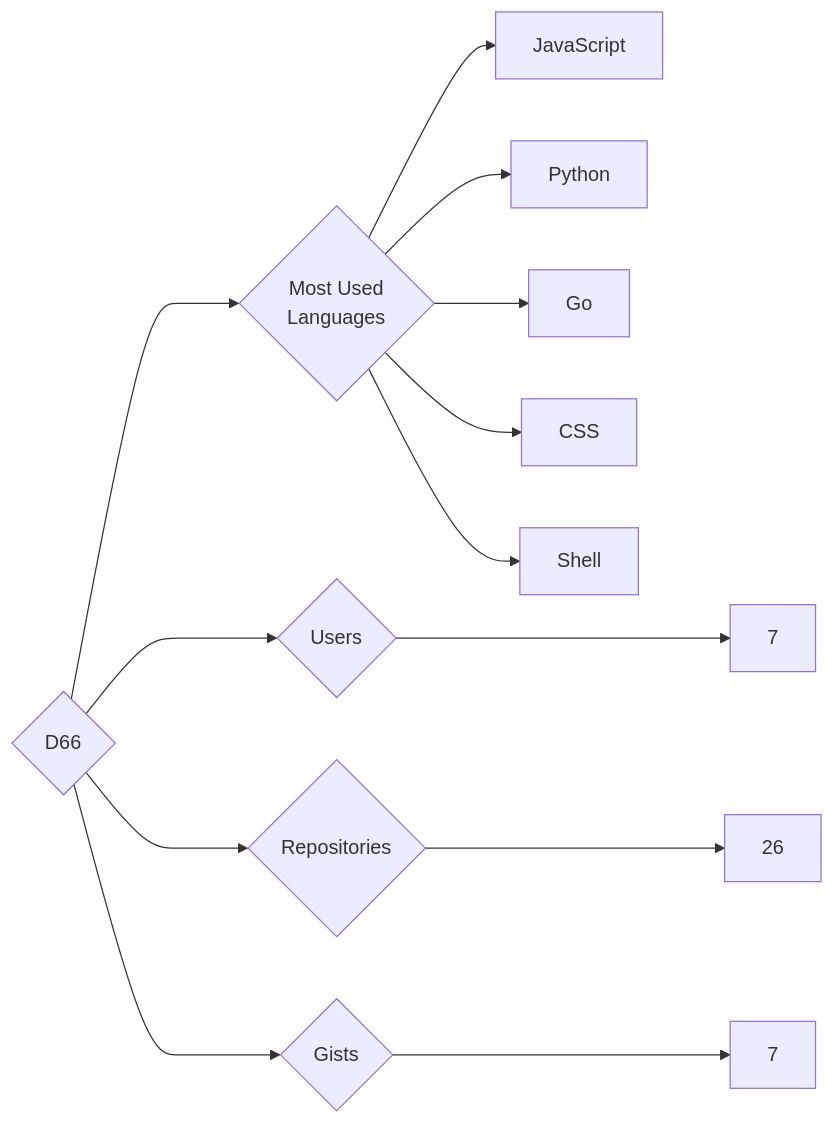
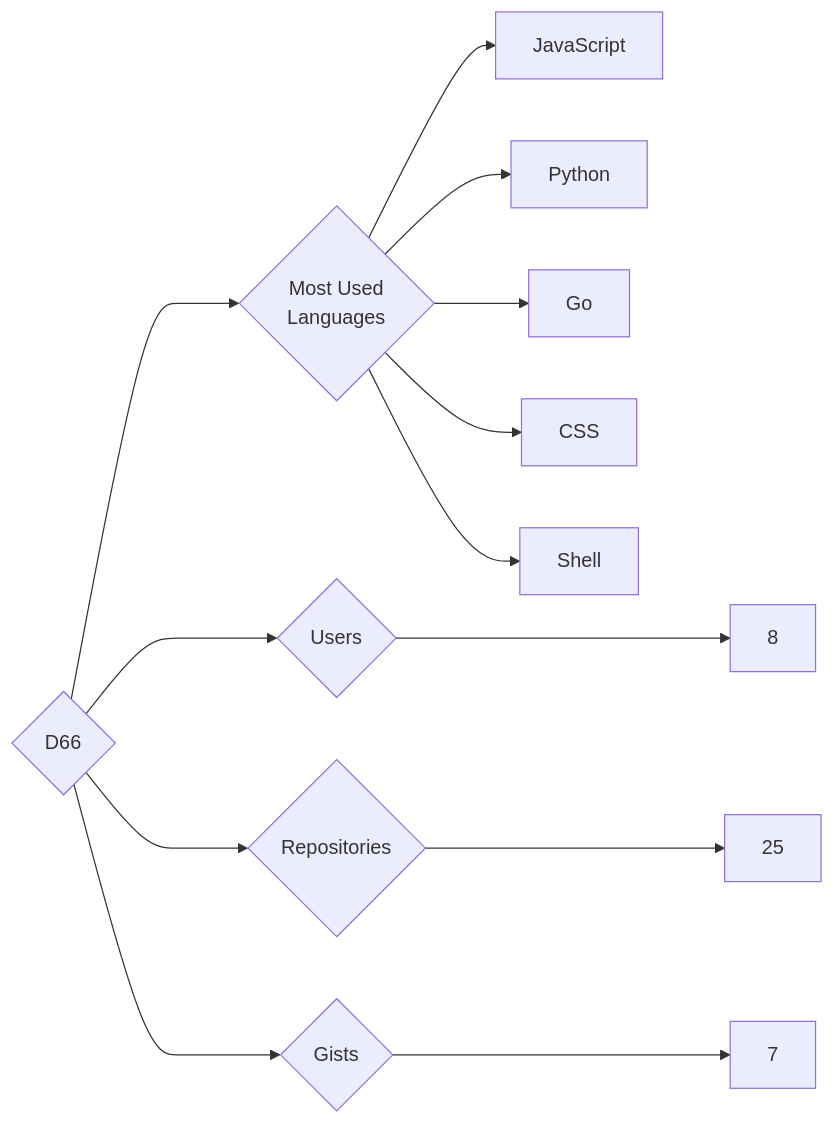
One commit to trickest/insiders changed the diagram in targets/D66/README.md. Above: the diagram before and after it, drawn with Mermaid. The commit also changed 715 other files, not shown here.

````diff
--- a/targets/D66/README.md
+++ b/targets/D66/README.md
@@ -3,13 +3,13 @@
 ```mermaid
 graph LR
 COMPANY_NAME{D66}
-COMPANY_NAME ---> U{Users} ---> UN[7]
-COMPANY_NAME ---> R{Repositories} ---> RN[26]
+COMPANY_NAME ---> U{Users} ---> UN[8]
+COMPANY_NAME ---> R{Repositories} ---> RN[25]
 COMPANY_NAME ---> G{Gists} ---> GN[7]
 COMPANY_NAME ---> ML{Most Used<br>Languages}
 ML --> JavaScript[JavaScript]
 ML --> Python[Python]
 ML --> Go[Go]
 ML --> CSS[CSS]
 ML --> Shell[Shell]
 ```
````
